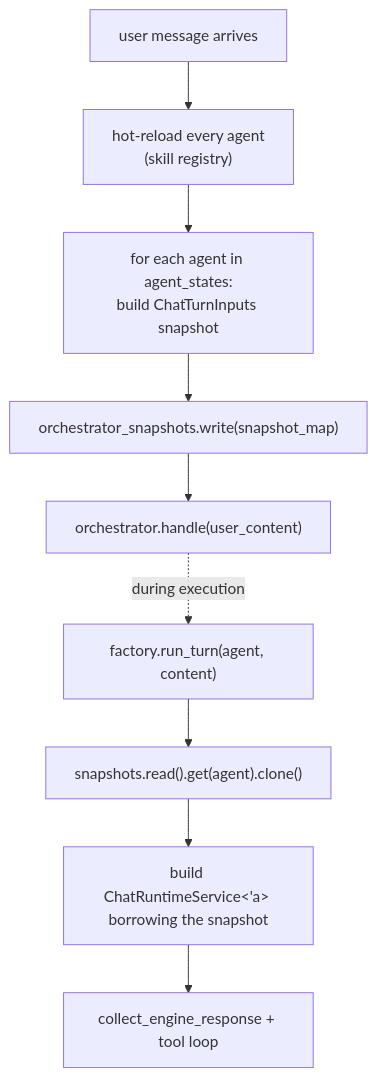
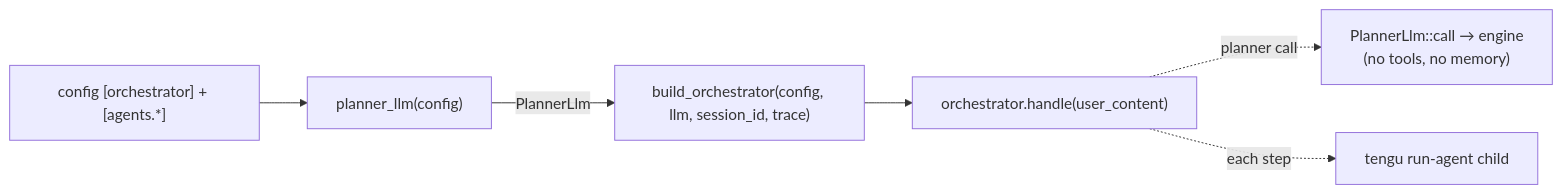
Before and after one commit to DemidovVladimir/tengu-cluster: the eighth of 10 diagrams in docs/orchestrator-pipeline.md, drawn with Mermaid. The commit also changed other lines of this file and 75 other files, not shown here.

````diff
--- a/docs/orchestrator-pipeline.md
+++ b/docs/orchestrator-pipeline.md
@@ -503,12 +490,8 @@
 ```mermaid
-flowchart TB
-    Msg["user message arrives"] --> HotReload["hot-reload every agent<br/>(skill registry)"]
-    HotReload --> BuildAll["for each agent in agent_states:<br/>build ChatTurnInputs snapshot"]
-    BuildAll --> Publish["orchestrator_snapshots.write(snapshot_map)"]
-    Publish --> Handle["orchestrator.handle(user_content)"]
-
-    Handle -.during execution.-> Factory["factory.run_turn(agent, content)"]
-    Factory --> Read["snapshots.read().get(agent).clone()"]
-    Read --> BuildService["build ChatRuntimeService&lt;'a&gt; borrowing the snapshot"]
-    BuildService --> Loop["collect_engine_response + tool loop"]
+flowchart LR
+    Cfg["config [orchestrator] + [agents.*]"] --> PL["planner_llm(config)"]
+    PL -->|PlannerLlm| BO["build_orchestrator(config, llm, session_id, trace)"]
+    BO --> Handle["orchestrator.handle(user_content)"]
+    Handle -.planner call.-> Call["PlannerLlm::call → engine<br/>(no tools, no memory)"]
+    Handle -.each step.-> Child["tengu run-agent child"]
 ```
````
